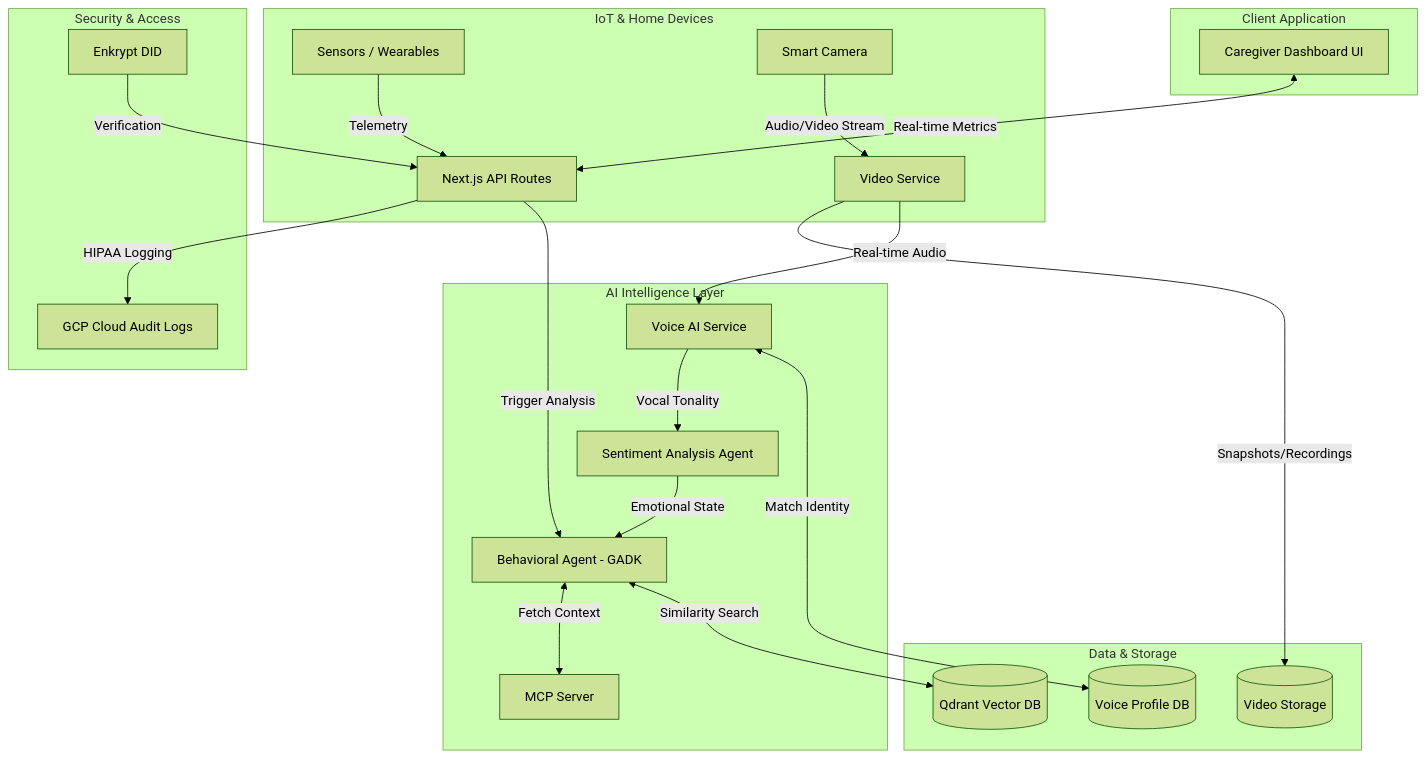
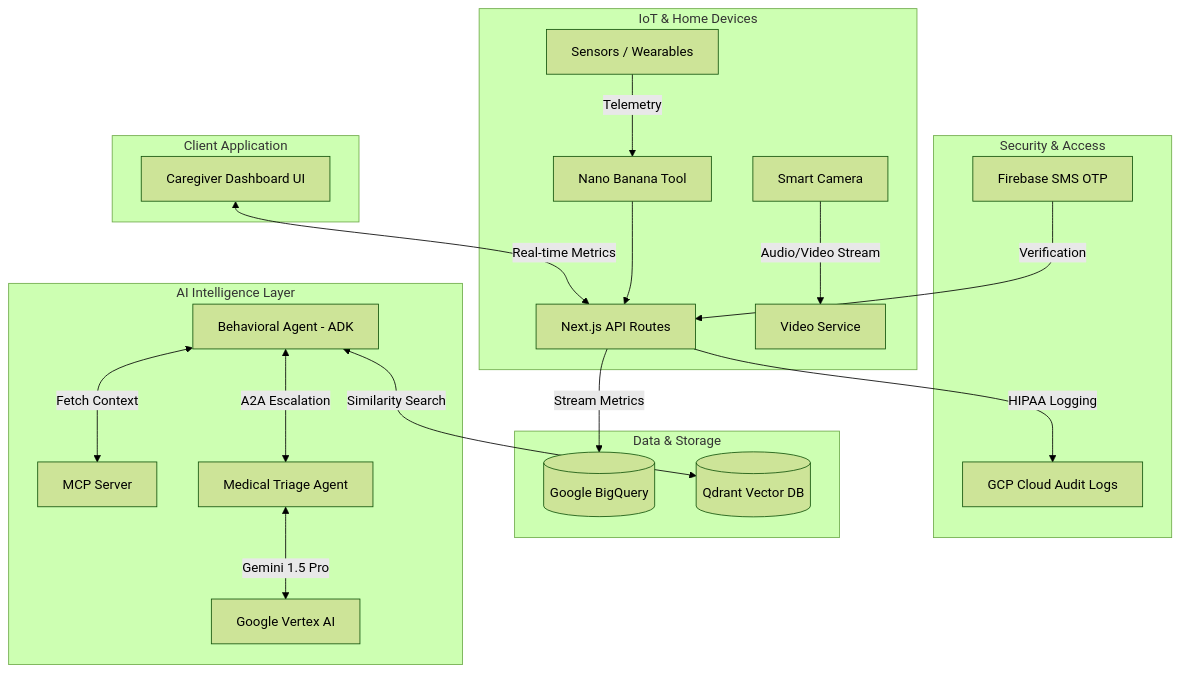
One commit to rockerspace/AuraCare-AI changed the diagram in README.md. Above: the diagram before and after it, drawn with Mermaid (forest theme). The commit also changed other lines of this file, not shown here.

````diff
--- a/README.md
+++ b/README.md
@@ -24,32 +20,29 @@
 ```mermaid
 graph TD
     subgraph IoT & Home Devices
-        S[Sensors / Wearables] -->|Telemetry| API[Next.js API Routes]
+        S[Sensors / Wearables] -->|Telemetry| Nano[Nano Banana Tool]
+        Nano --> API[Next.js API Routes]
         Cam[Smart Camera] -->|Audio/Video Stream| VideoSvc[Video Service]
     end
 
     subgraph Security & Access
-        Auth[Enkrypt DID] -->|Verification| API
+        Auth[Firebase SMS OTP] -->|Verification| API
         API -->|HIPAA Logging| Audit[GCP Cloud Audit Logs]
     end
 
     subgraph Data & Storage
-        VideoSvc -->|Snapshots/Recordings| VStore[(Video Storage)]
-        VoiceProfile[(Voice Profile DB)]
+        API -->|Stream Metrics| BQ[(Google BigQuery)]
         Qdrant[(Qdrant Vector DB)]
     end
 
     subgraph AI Intelligence Layer
-        VideoSvc -->|Real-time Audio| VoiceAI[Voice AI Service]
-        VoiceAI -->|Vocal Tonality| Sentiment[Sentiment Analysis Agent]
-        Sentiment -->|Emotional State| GADK[Behavioral Agent - GADK]
-        API -->|Trigger Analysis| GADK
-        GADK <-->|Fetch Context| MCP[MCP Server]
+        GADK[Behavioral Agent - ADK] <-->|Fetch Context| MCP[MCP Server]
         GADK <-->|Similarity Search| Qdrant
-        VoiceAI <-->|Match Identity| VoiceProfile
+        GADK <-->|A2A Escalation| Triage[Medical Triage Agent]
+        Triage <-->|Gemini 1.5 Pro| VertexAI[Google Vertex AI]
     end
     
     subgraph Client Application
         Dashboard[Caregiver Dashboard UI] <-->|Real-time Metrics| API
     end
 ```
````
